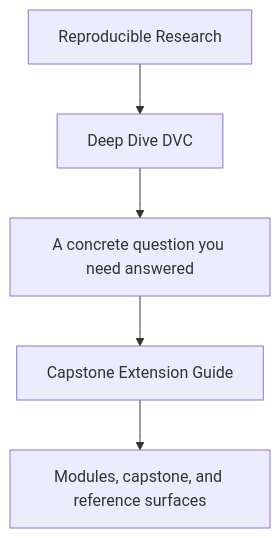
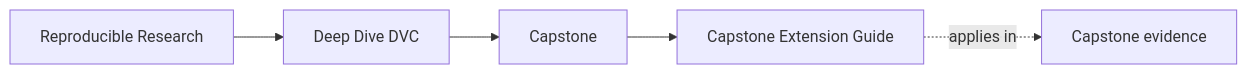
One commit to bijux/bijux-masterclass changed the first of 2 diagrams in programs/reproducible-research/deep-dive-dvc/course-book/capstone/capstone-extension-guide.md. Above: the diagram before and after it, drawn with Mermaid. The commit also changed other lines of this file and 90 other files, not shown here.

Commit message:
docs(deep-dive-dvc): map publication and recovery review surfaces

````diff
--- a/programs/reproducible-research/deep-dive-dvc/course-book/capstone/capstone-extension-guide.md
+++ b/programs/reproducible-research/deep-dive-dvc/course-book/capstone/capstone-extension-guide.md
@@ -7,7 +7,11 @@
 ```mermaid
-flowchart TD
-  family["Reproducible Research"] --> program["Deep Dive DVC"]
-  program --> pressure["A concrete question you need answered"]
-  pressure --> guide["Capstone Extension Guide"]
-  guide --> next["Modules, capstone, and reference surfaces"]
+graph LR
+  family["Reproducible Research"]
+  program["Deep Dive DVC"]
+  section["Capstone"]
+  page["Capstone Extension Guide"]
+  capstone["Capstone evidence"]
+
+  family --> program --> section --> page
+  page -.applies in.-> capstone
 ```
````
